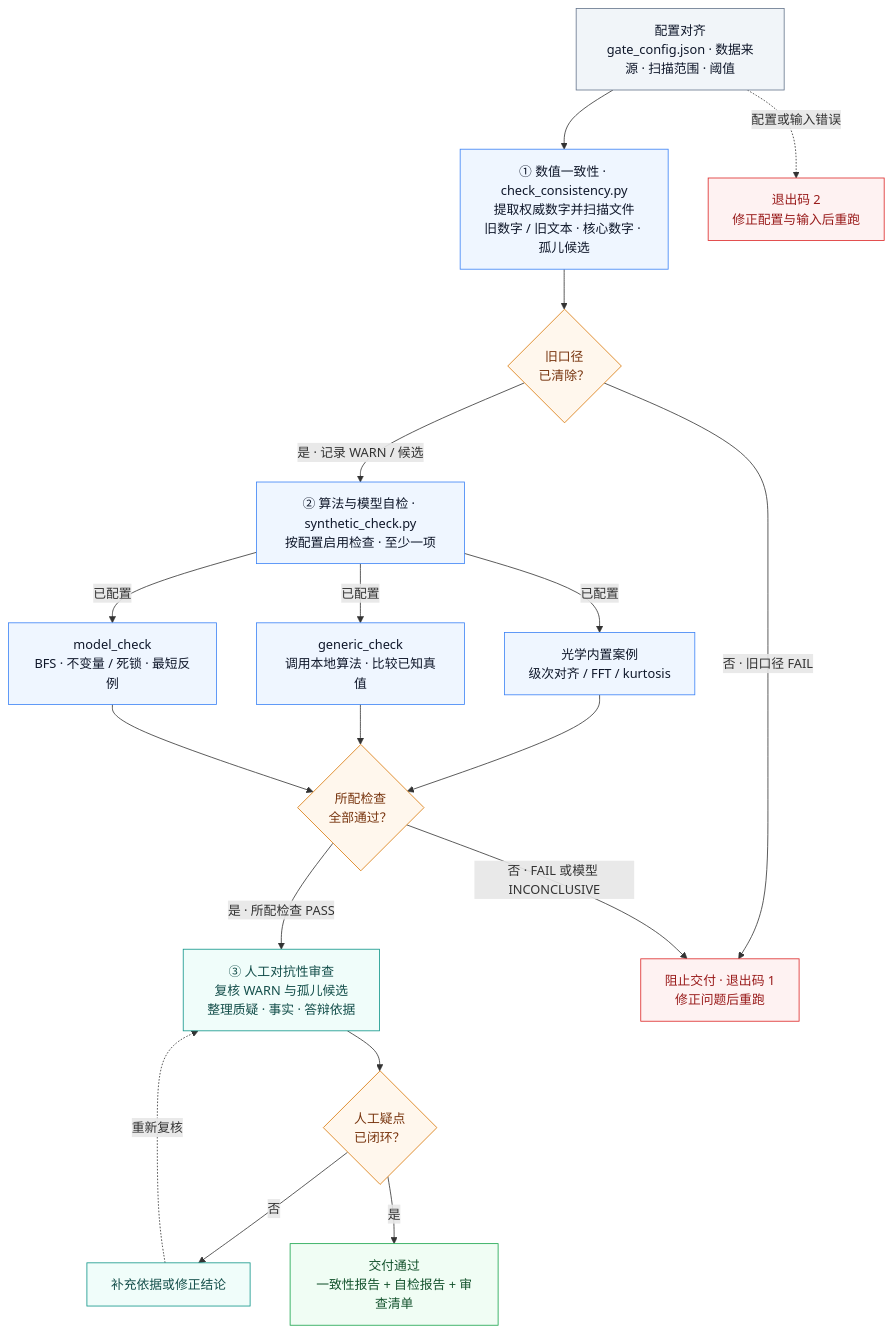
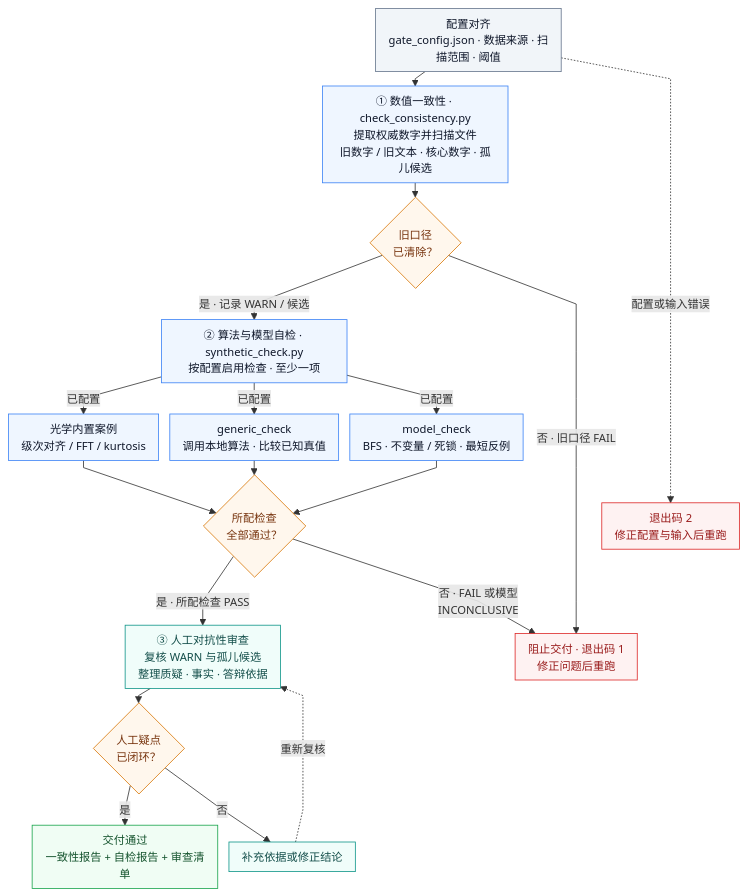
The diagram in README.md (yuye05/verification-gate-review), drawn with Mermaid before and after one commit.

Commit message:
docs:README.md流程图优化

````diff
--- a/README.md
+++ b/README.md
@@ -17,48 +17,50 @@
 ```mermaid
+%%{init: {"flowchart": {"nodeSpacing": 14, "rankSpacing": 18, "padding": 8, "curve": "linear"}, "themeVariables": {"fontSize": "14px"}}}%%
 flowchart TB
     CFG["配置对齐<br/>gate_config.json · 数据来源 · 扫描范围 · 阈值"]
     SCAN["① 数值一致性 · check_consistency.py<br/>提取权威数字并扫描文件<br/>旧数字 / 旧文本 · 核心数字 · 孤儿候选"]
     COK{"旧口径<br/>已清除？"}
     SELECT["② 算法与模型自检 · synthetic_check.py<br/>按配置启用检查 · 至少一项"]
     OPTICAL["光学内置案例<br/>级次对齐 / FFT / kurtosis"]
     GENERIC["generic_check<br/>调用本地算法 · 比较已知真值"]
     MODEL["model_check<br/>BFS · 不变量 / 死锁 · 最短反例"]
     SOK{"所配检查<br/>全部通过？"}
     HUMAN["③ 人工对抗性审查<br/>复核 WARN 与孤儿候选<br/>整理质疑 · 事实 · 答辩依据"]
     ROK{"人工疑点<br/>已闭环？"}
+    DELIVER["交付通过<br/>一致性报告 + 自检报告 + 审查清单"]
     FIX["补充依据或修正结论"]
-    DELIVER["交付通过<br/>一致性报告 + 自检报告 + 审查清单"]
     BLOCK["阻止交付 · 退出码 1<br/>修正问题后重跑"]
     ERROR["退出码 2<br/>修正配置与输入后重跑"]
 
     CFG --> SCAN
     CFG -. 配置或输入错误 .-> ERROR
     SCAN --> COK
     COK -->|是 · 记录 WARN / 候选| SELECT
     COK -->|否 · 旧口径 FAIL| BLOCK
     SELECT -->|已配置| OPTICAL
     SELECT -->|已配置| GENERIC
     SELECT -->|已配置| MODEL
     OPTICAL --> SOK
     GENERIC --> SOK
     MODEL --> SOK
     SOK -->|是 · 所配检查 PASS| HUMAN
-    SOK -->|否 · FAIL 或模型 INCONCLUSIVE| BLOCK
+    SOK -->|否 · FAIL 或模型<br/>INCONCLUSIVE| BLOCK
     HUMAN --> ROK
+    ROK -->|是| DELIVER
     ROK -->|否| FIX
     FIX -. 重新复核 .-> HUMAN
-    ROK -->|是| DELIVER
+    ERROR ~~~ BLOCK
 
     classDef input fill:#f1f5f9,stroke:#64748b,color:#0f172a;
     classDef process fill:#eff6ff,stroke:#3b82f6,color:#0f172a;
     classDef decision fill:#fff7ed,stroke:#d97706,color:#78350f;
     classDef failure fill:#fef2f2,stroke:#dc2626,color:#991b1b;
     classDef manual fill:#f0fdfa,stroke:#0d9488,color:#134e4a;
     classDef success fill:#f0fdf4,stroke:#16a34a,color:#14532d;
     class CFG input;
     class SCAN,SELECT,OPTICAL,GENERIC,MODEL process;
     class COK,SOK,ROK decision;
     class BLOCK,ERROR failure;
     class HUMAN,FIX manual;
     class DELIVER success;
 ```
````
